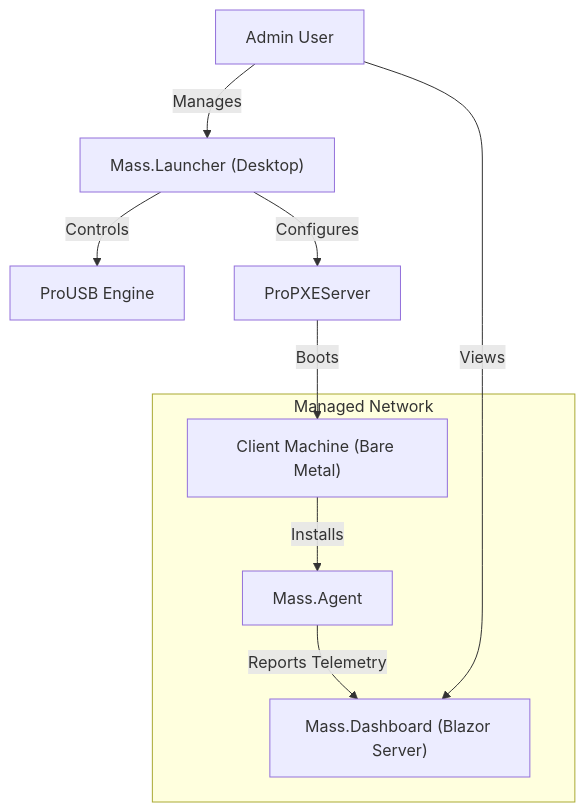
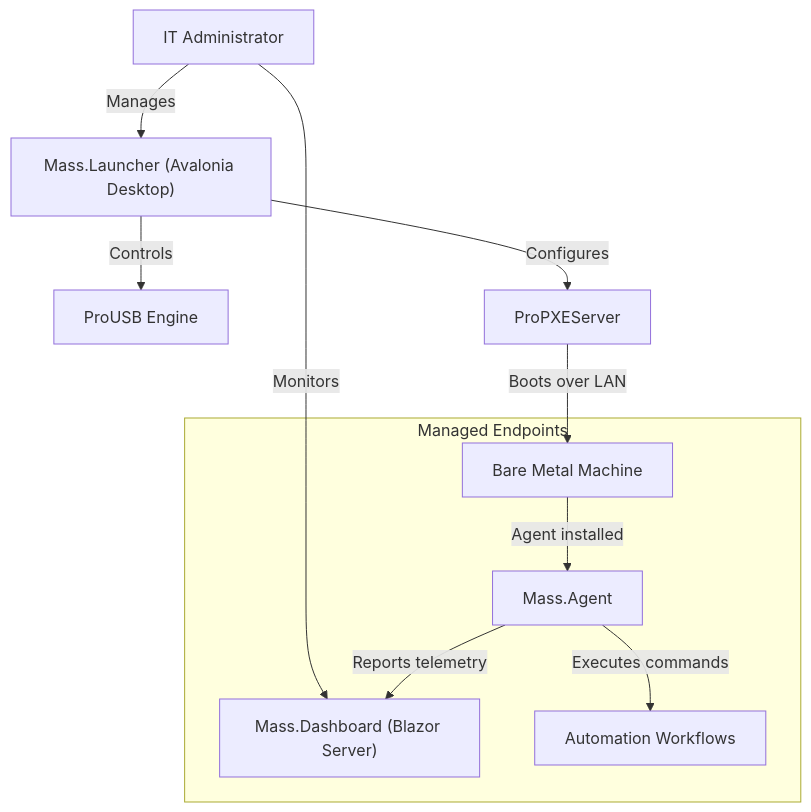
The diagram in README.md (tomytate/Mass), drawn with Mermaid before and after one commit. The commit also changed other lines of this file, not shown here.

Commit message:
docs: full README redesign — all 9 src dirs, Blazor Server dashboard, correct author, comprehensive structure

````diff
--- a/README.md
+++ b/README.md
@@ -86,15 +86,16 @@
 ```mermaid
 graph TD
-    User[Admin User] -->|Manages| Launcher["Mass.Launcher (Desktop)"]
-    User -->|Views| Dashboard["Mass.Dashboard (Blazor Server)"]
-    
+    Admin[IT Administrator] -->|Manages| Launcher["Mass.Launcher (Avalonia Desktop)"]
+    Admin -->|Monitors| Dashboard["Mass.Dashboard (Blazor Server)"]
+
     Launcher -->|Controls| ProUSB["ProUSB Engine"]
-    Launcher -->|Configures| PXE[ProPXEServer]
-    
-    PXE -->|Boots| ClientPC["Client Machine (Bare Metal)"]
-    
-    subgraph "Managed Network"
-        ClientPC -->|Installs| Agent[Mass.Agent]
-        Agent -->|Reports Telemetry| Dashboard
+    Launcher -->|Configures| PXE["ProPXEServer"]
+
+    PXE -->|Boots over LAN| Target["Bare Metal Machine"]
+
+    subgraph "Managed Endpoints"
+        Target -->|Agent installed| Agent["Mass.Agent"]
+        Agent -->|Reports telemetry| Dashboard
+        Agent -->|Executes commands| Workflows["Automation Workflows"]
     end
 ```
````
